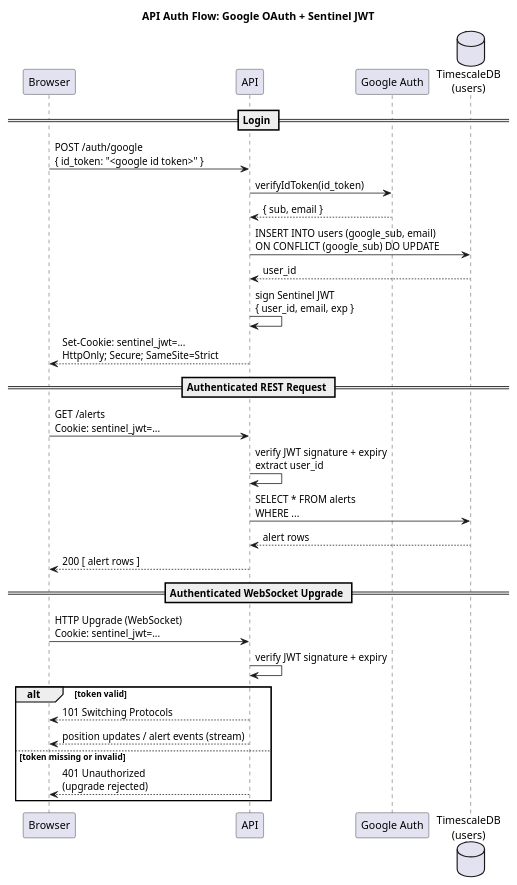
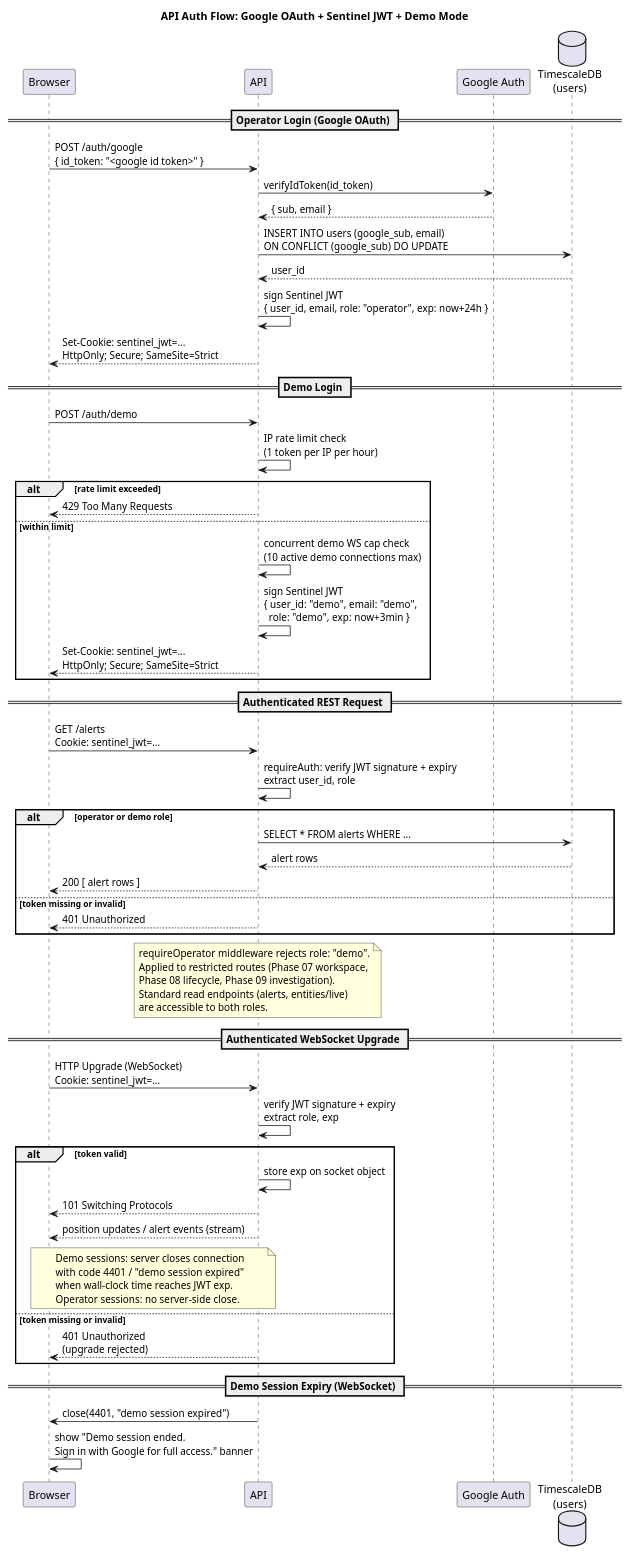
Before and after one commit to Buffden/sentinel: the diagram in docs/implementation/phase-03-signal-loss-alert-delivery/concepts/api-scaffold/auth-flow.puml, drawn with PlantUML.

Commit message:
docs: add demo mode auth path to auth-flow diagram

```diff
--- a/docs/implementation/phase-03-signal-loss-alert-delivery/concepts/api-scaffold/auth-flow.puml
+++ b/docs/implementation/phase-03-signal-loss-alert-delivery/concepts/api-scaffold/auth-flow.puml
@@ -1,39 +1,75 @@
 @startuml auth-flow
 
-title API Auth Flow: Google OAuth + Sentinel JWT
+title API Auth Flow: Google OAuth + Sentinel JWT + Demo Mode
 
 participant Browser
 participant "API" as API
 participant "Google Auth" as Google
 database "TimescaleDB\n(users)" as DB
 
-== Login ==
+== Operator Login (Google OAuth) ==
 
 Browser -> API : POST /auth/google\n{ id_token: "<google id token>" }
 API -> Google : verifyIdToken(id_token)
 Google --> API : { sub, email }
 API -> DB : INSERT INTO users (google_sub, email)\nON CONFLICT (google_sub) DO UPDATE
 DB --> API : user_id
-API -> API : sign Sentinel JWT\n{ user_id, email, exp }
+API -> API : sign Sentinel JWT\n{ user_id, email, role: "operator", exp: now+24h }
 API --> Browser : Set-Cookie: sentinel_jwt=...\nHttpOnly; Secure; SameSite=Strict
+
+== Demo Login ==
+
+Browser -> API : POST /auth/demo
+API -> API : IP rate limit check\n(1 token per IP per hour)
+alt rate limit exceeded
+    API --> Browser : 429 Too Many Requests
+else within limit
+    API -> API : concurrent demo WS cap check\n(10 active demo connections max)
+    API -> API : sign Sentinel JWT\n{ user_id: "demo", email: "demo",\n  role: "demo", exp: now+3min }
+    API --> Browser : Set-Cookie: sentinel_jwt=...\nHttpOnly; Secure; SameSite=Strict
+end
 
 == Authenticated REST Request ==
 
 Browser -> API : GET /alerts\nCookie: sentinel_jwt=...
-API -> API : verify JWT signature + expiry\nextract user_id
-API -> DB : SELECT * FROM alerts\nWHERE ...
-DB --> API : alert rows
-API --> Browser : 200 [ alert rows ]
+API -> API : requireAuth: verify JWT signature + expiry\nextract user_id, role
+alt operator or demo role
+    API -> DB : SELECT * FROM alerts WHERE ...
+    DB --> API : alert rows
+    API --> Browser : 200 [ alert rows ]
+else token missing or invalid
+    API --> Browser : 401 Unauthorized
+end
+
+note over API
+  requireOperator middleware rejects role: "demo".
+  Applied to restricted routes (Phase 07 workspace,
+  Phase 08 lifecycle, Phase 09 investigation).
+  Standard read endpoints (alerts, entities/live)
+  are accessible to both roles.
+end note
 
 == Authenticated WebSocket Upgrade ==
 
 Browser -> API : HTTP Upgrade (WebSocket)\nCookie: sentinel_jwt=...
-API -> API : verify JWT signature + expiry
+API -> API : verify JWT signature + expiry\nextract role, exp
 alt token valid
+    API -> API : store exp on socket object
     API --> Browser : 101 Switching Protocols
     API --> Browser : position updates / alert events (stream)
+    note over API, Browser
+      Demo sessions: server closes connection
+      with code 4401 / "demo session expired"
+      when wall-clock time reaches JWT exp.
+      Operator sessions: no server-side close.
+    end note
 else token missing or invalid
     API --> Browser : 401 Unauthorized\n(upgrade rejected)
 end
 
+== Demo Session Expiry (WebSocket) ==
+
+API -> Browser : close(4401, "demo session expired")
+Browser -> Browser : show "Demo session ended.\nSign in with Google for full access." banner
+
 @enduml
```
